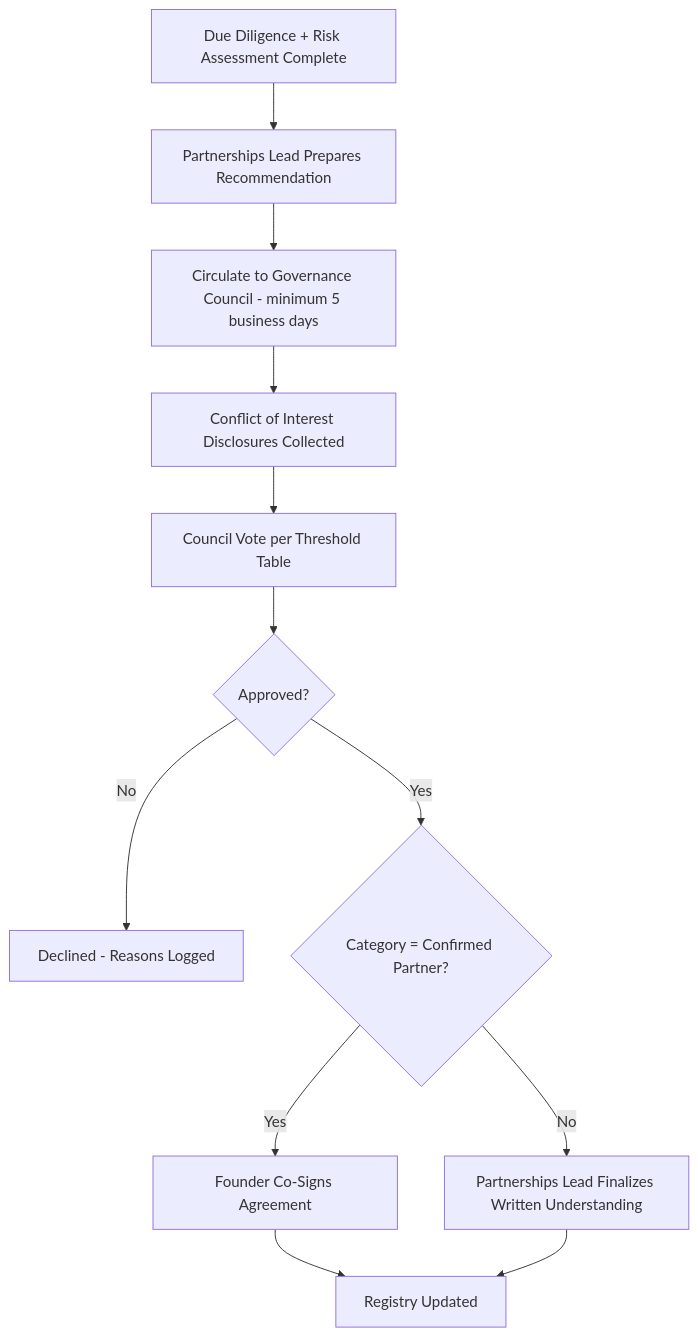
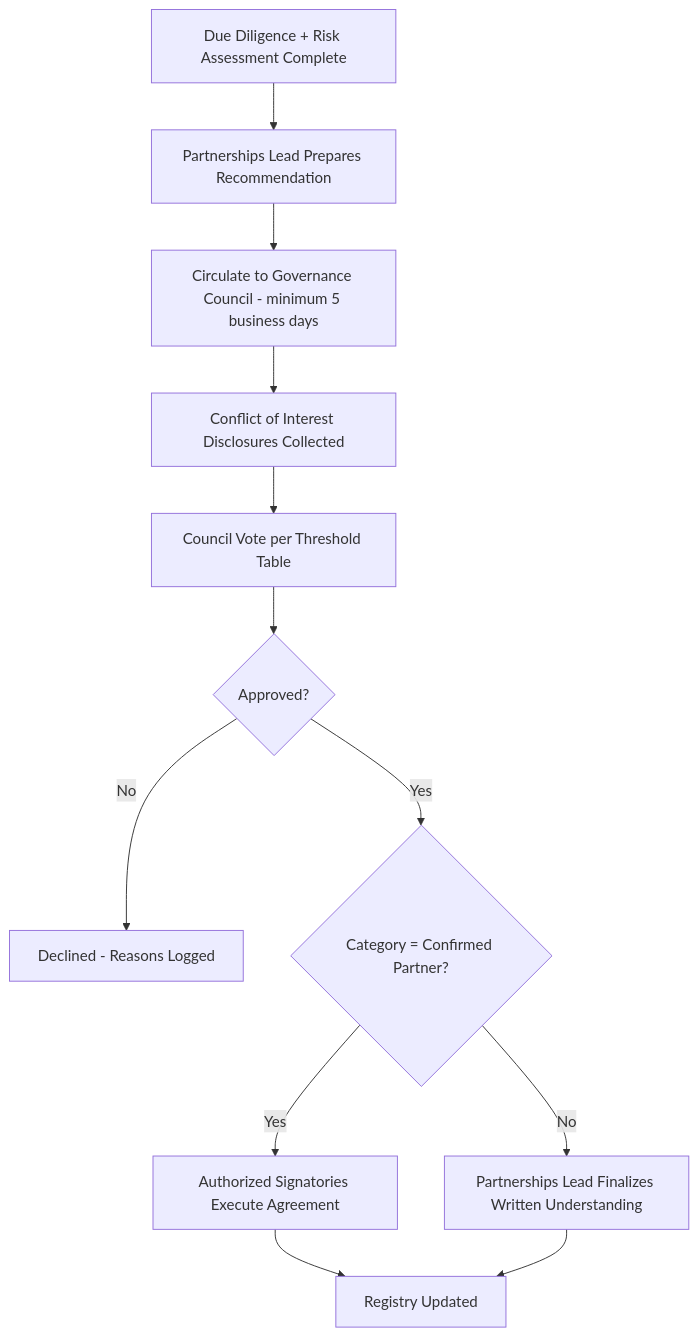
The fifth of 6 diagrams in PARTNERSHIPS.md (Celo-HaiTi/CeloHT), drawn with Mermaid before and after one commit. The commit also changed other lines of this file and 13 other files, not shown here.

````diff
--- a/PARTNERSHIPS.md
+++ b/PARTNERSHIPS.md
@@ -412,14 +412,14 @@
 ```mermaid
 flowchart TD
     A[Due Diligence + Risk Assessment Complete] --> B[Partnerships Lead Prepares Recommendation]
     B --> C[Circulate to Governance Council - minimum 5 business days]
     C --> D[Conflict of Interest Disclosures Collected]
     D --> E[Council Vote per Threshold Table]
     E --> F{Approved?}
     F -- No --> G[Declined - Reasons Logged]
     F -- Yes --> H{Category = Confirmed Partner?}
-    H -- Yes --> I[Founder Co-Signs Agreement]
+    H -- Yes --> I[Authorized Signatories Execute Agreement]
     H -- No --> J[Partnerships Lead Finalizes Written Understanding]
     I --> K[Registry Updated]
     J --> K
 ```
````
